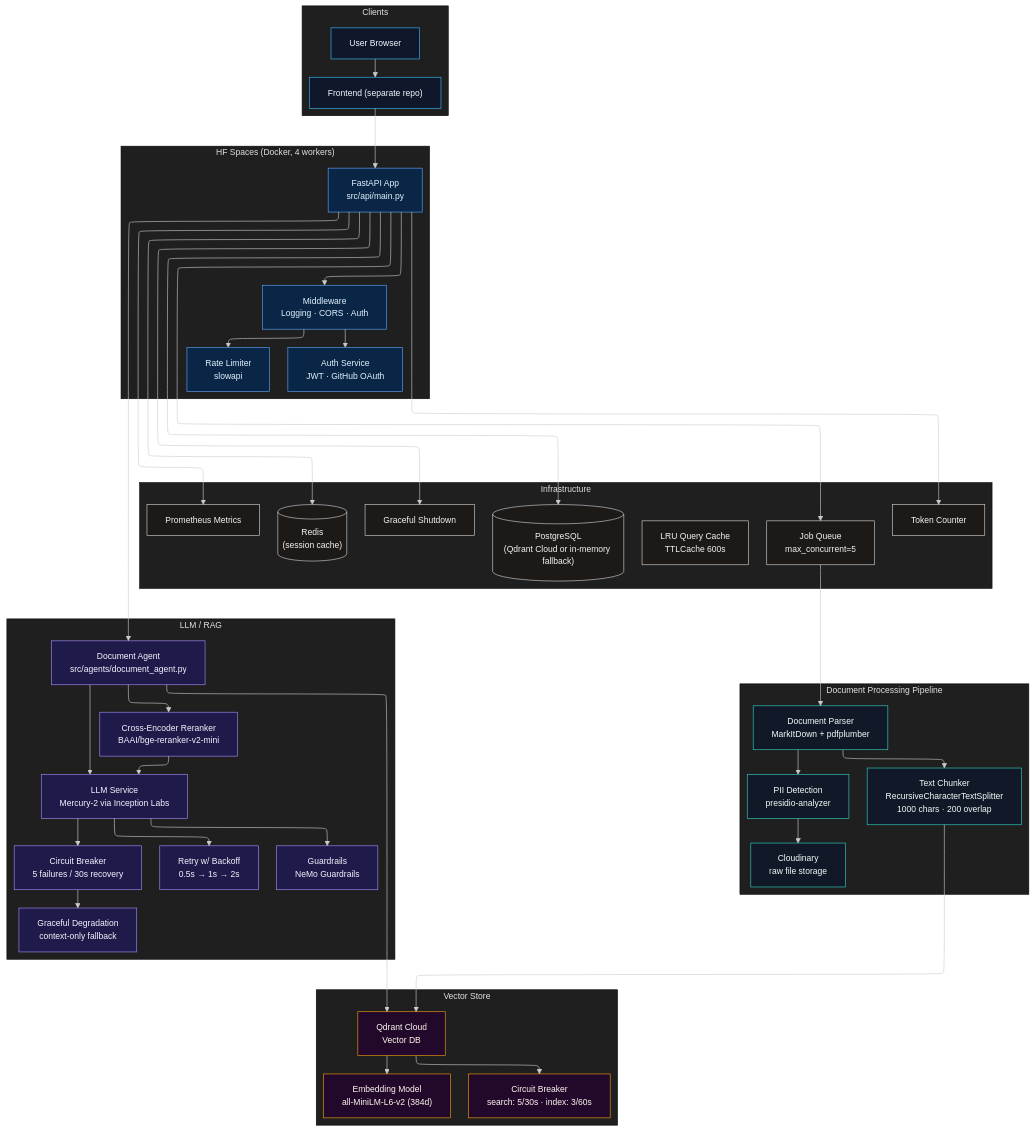
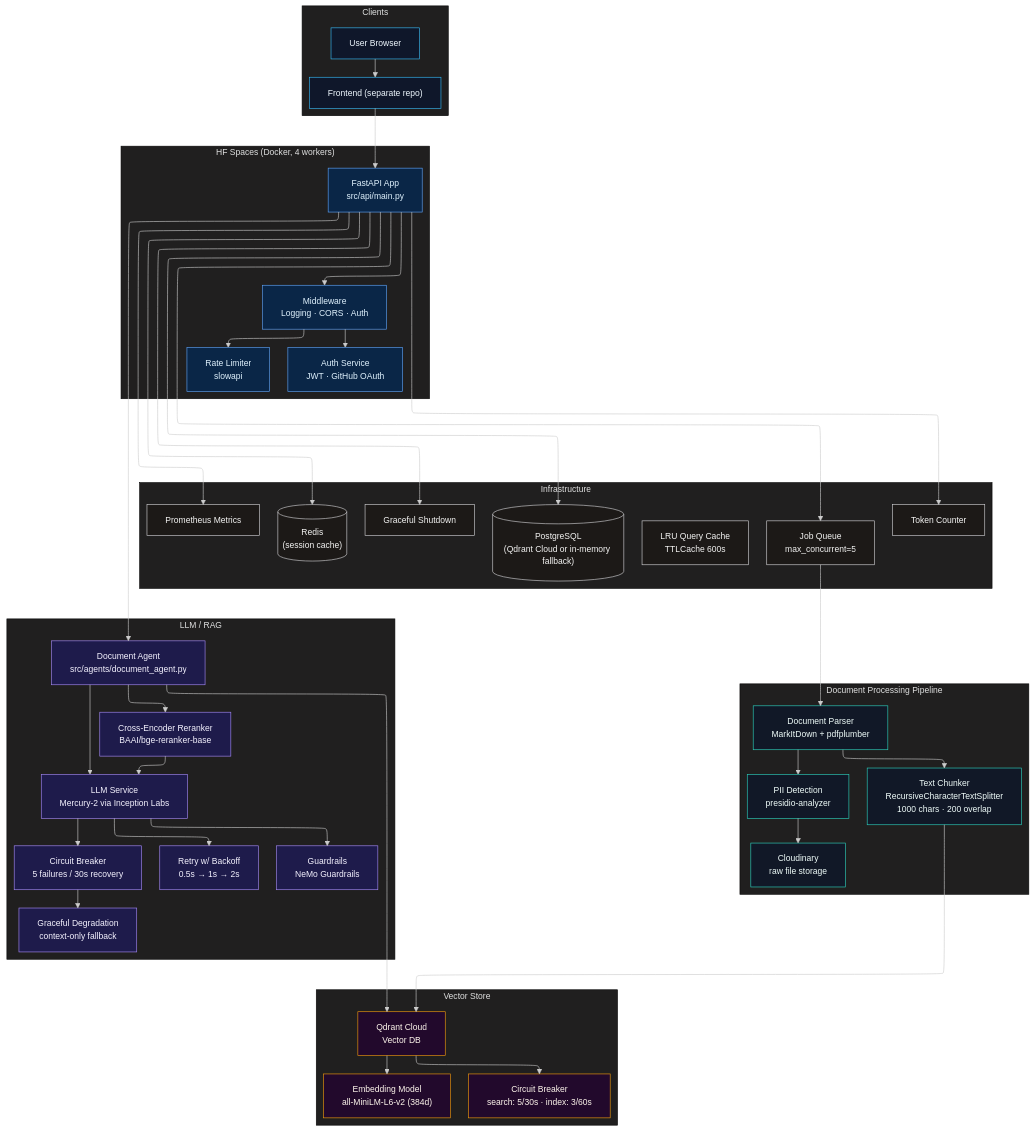
Before and after one commit to AKXLR8/vector-auditor: the diagram in README.md, drawn with Mermaid. The commit also changed other lines of this file and 1 other file, not shown here.

Commit message:
fix: swap reranker to BAAI/bge-reranker-base (v2-mini does not exist on HF)

```diff
--- a/README.md
+++ b/README.md
@@ -95,7 +95,7 @@
 
   subgraph "LLM / RAG"
     Agent["Document Agent<br/>src/agents/document_agent.py"]
-    Reranker["Cross-Encoder Reranker<br/>BAAI/bge-reranker-v2-mini"]
+    Reranker["Cross-Encoder Reranker<br/>BAAI/bge-reranker-base"]
     LLM["LLM Service<br/>Mercury-2 via Inception Labs"]
     CB_L["Circuit Breaker<br/>5 failures / 30s recovery"]
     Retry["Retry w/ Backoff<br/>0.5s → 1s → 2s"]
```
